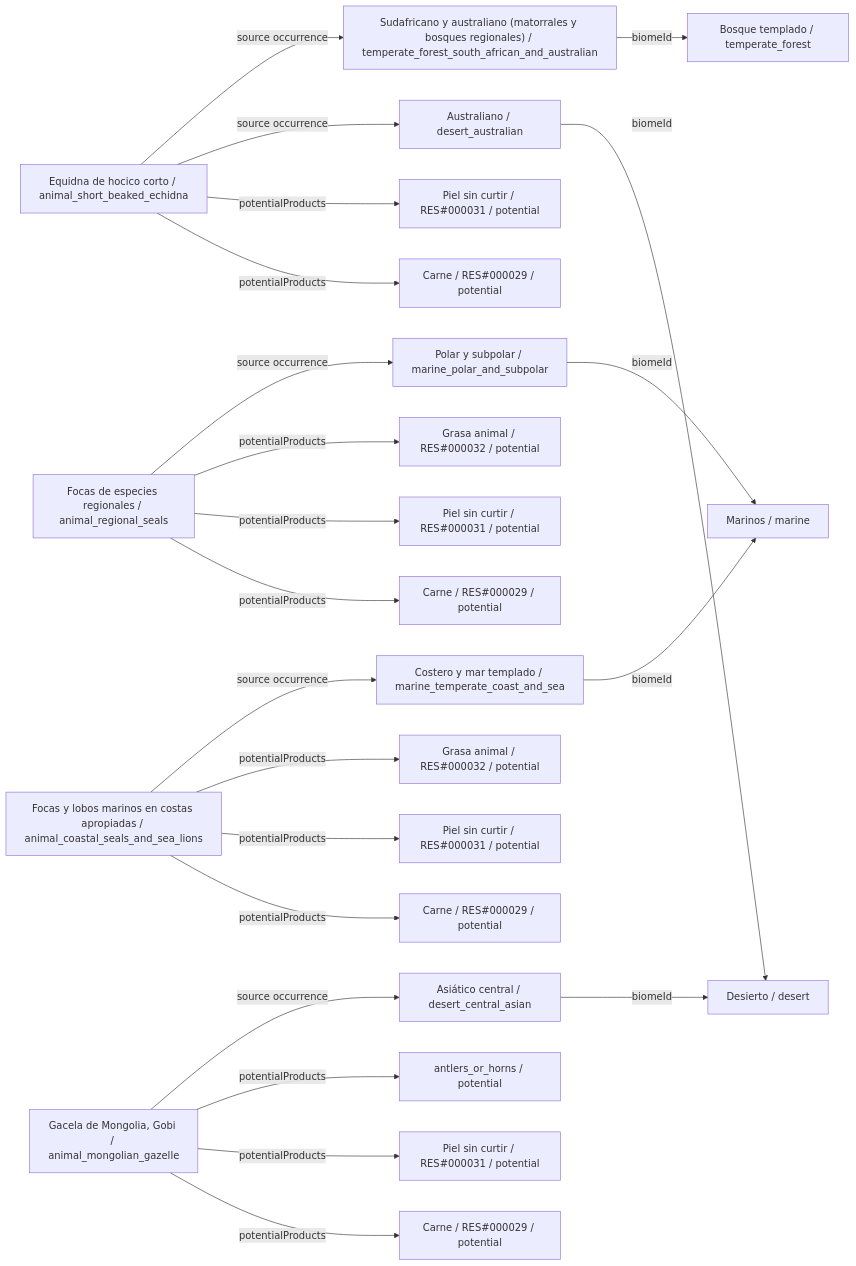
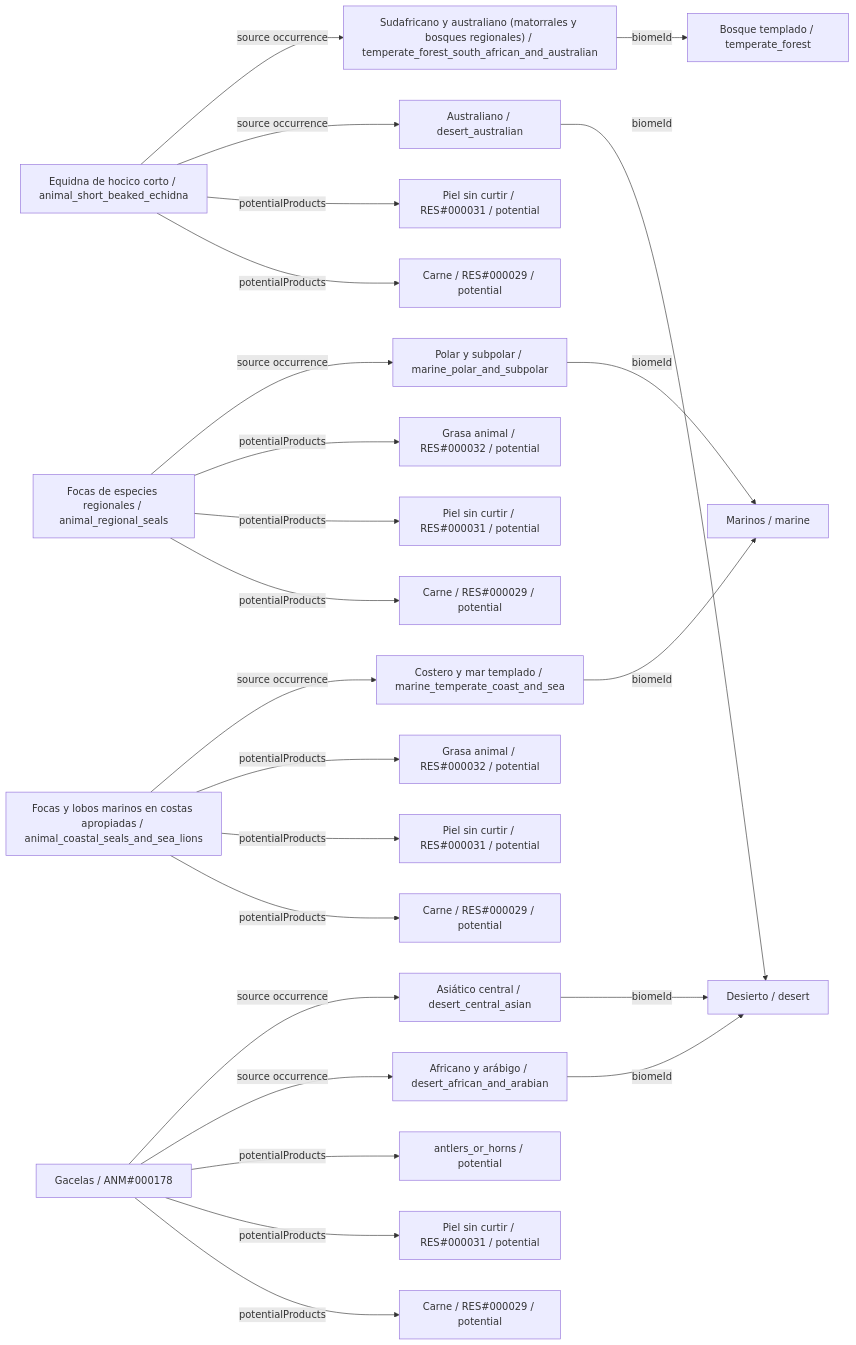
One commit to fgabo404/EvolveDoc changed the tenth of 26 diagrams in data/animals/DIAGRAMS.es.md. Above: the diagram before and after it, drawn with Mermaid. The commit also changed other lines of this file and 59 other files, not shown here.

````diff
--- a/data/animals/DIAGRAMS.es.md
+++ b/data/animals/DIAGRAMS.es.md
@@ -664,47 +545,50 @@
 ```mermaid
 flowchart LR
     c0["Equidna de hocico corto / animal_short_beaked_echidna"]
     v6["Sudafricano y australiano (matorrales y bosques regionales) / temperate_forest_south_african_and_australian"]
     b1["Bosque templado / temperate_forest"]
     v18["Australiano / desert_australian"]
     b4["Desierto / desert"]
     o0_0["Carne / RES#000029 / potential"]
     o0_1["Piel sin curtir / RES#000031 / potential"]
     c1["Focas de especies regionales / animal_regional_seals"]
     v21["Polar y subpolar / marine_polar_and_subpolar"]
     b5["Marinos / marine"]
     o1_0["Carne / RES#000029 / potential"]
     o1_1["Piel sin curtir / RES#000031 / potential"]
     o1_2["Grasa animal / RES#000032 / potential"]
     c2["Focas y lobos marinos en costas apropiadas / animal_coastal_seals_and_sea_lions"]
     v20["Costero y mar templado / marine_temperate_coast_and_sea"]
     o2_0["Carne / RES#000029 / potential"]
     o2_1["Piel sin curtir / RES#000031 / potential"]
     o2_2["Grasa animal / RES#000032 / potential"]
-    c3["Gacela de Mongolia, Gobi / animal_mongolian_gazelle"]
+    c3["Gacelas / ANM#000178"]
+    v16["Africano y arábigo / desert_african_and_arabian"]
     v17["Asiático central / desert_central_asian"]
     o3_0["Carne / RES#000029 / potential"]
     o3_1["Piel sin curtir / RES#000031 / potential"]
     o3_2["antlers_or_horns / potential"]
     c0 -->|potentialProducts| o0_0
     c0 -->|potentialProducts| o0_1
     c0 -->|source occurrence| v18
     c0 -->|source occurrence| v6
     c1 -->|potentialProducts| o1_0
     c1 -->|potentialProducts| o1_1
     c1 -->|potentialProducts| o1_2
     c1 -->|source occurrence| v21
     c2 -->|potentialProducts| o2_0
     c2 -->|potentialProducts| o2_1
     c2 -->|potentialProducts| o2_2
     c2 -->|source occurrence| v20
     c3 -->|potentialProducts| o3_0
     c3 -->|potentialProducts| o3_1
     c3 -->|potentialProducts| o3_2
+    c3 -->|source occurrence| v16
     c3 -->|source occurrence| v17
+    v16 -->|biomeId| b4
     v17 -->|biomeId| b4
     v18 -->|biomeId| b4
     v20 -->|biomeId| b5
     v21 -->|biomeId| b5
     v6 -->|biomeId| b1
 ```
````
